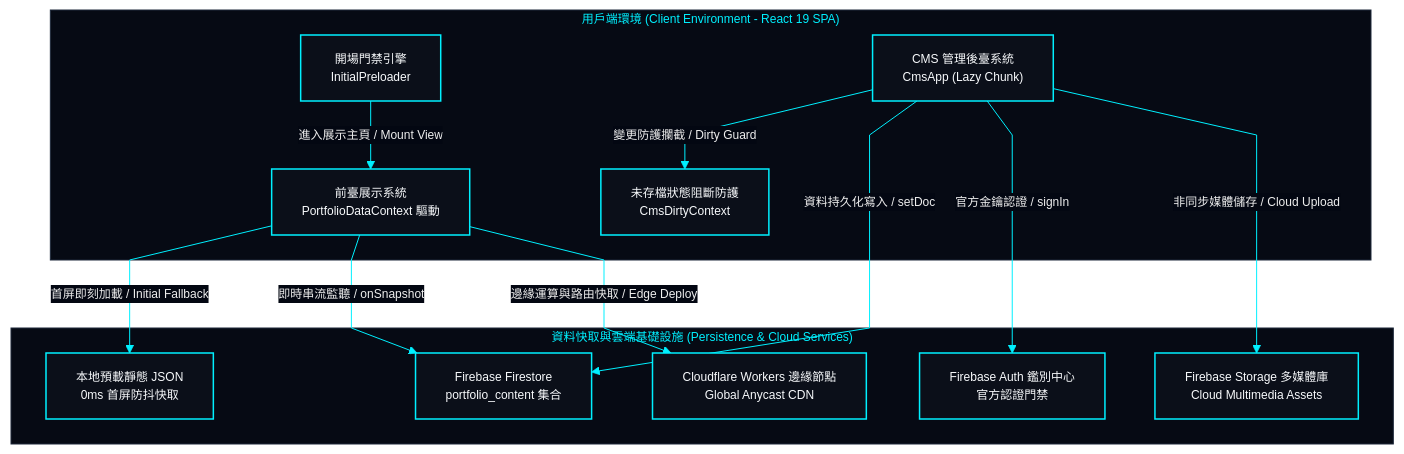
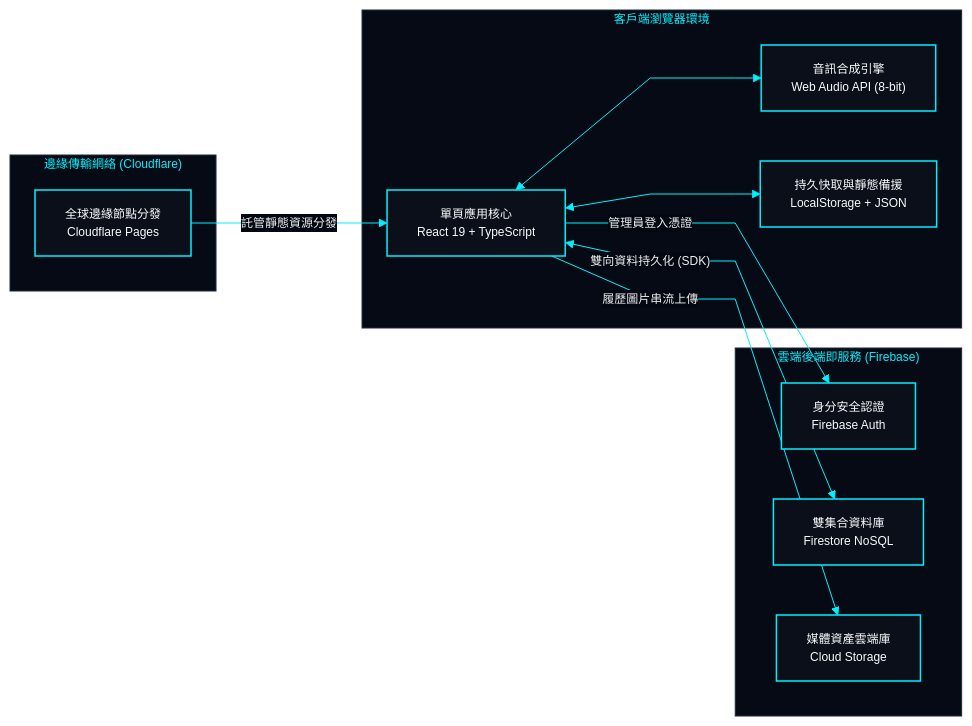
The second of 3 diagrams in docs/system-design/01-overview.md (EricXJason/my-portfolio-website), drawn with Mermaid before and after one commit. The commit also changed other lines of this file and 19 other files, not shown here.

````diff
--- a/docs/system-design/01-overview.md
+++ b/docs/system-design/01-overview.md
@@ -109,50 +94,50 @@
 ```mermaid
 %%{init: {
   'theme': 'base',
   'themeVariables': {
     'darkMode': true,
     'background': '#030712',
     'mainBkg': '#0b0f19',
     'nodeBorder': '#00f0ff',
     'textColor': '#f8fafc',
     'lineColor': '#00f0ff',
     'clusterBkg': '#060a14',
     'clusterBorder': '#1e293b',
     'titleColor': '#00f0ff',
     'edgeLabelBackground': '#030712',
     'fontSize': '12px'
   },
   'flowchart': {
     'curve': 'linear'
   }
 }}%%
-flowchart TD
+flowchart LR
     classDef hudCard fill:#0b0f19,stroke:#00f0ff,stroke-width:1.5px,color:#f8fafc;
 
-    subgraph TierBrowser ["用戶端環境 (Client Environment - React 19 SPA)"]
-        Preloader["開場門禁引擎<br>InitialPreloader"]:::hudCard
-        MainApp["前臺展示系統<br>PortfolioDataContext 驅動"]:::hudCard
-        CMSApp["CMS 管理後臺系統<br>CmsApp (Lazy Chunk)"]:::hudCard
-        StateGuard["未存檔狀態阻斷防護<br>CmsDirtyContext"]:::hudCard
+    subgraph Browser ["客戶端瀏覽器環境"]
+        SPA["單頁應用核心<br>React 19 + TypeScript"]:::hudCard
+        WebAudio["音訊合成引擎<br>Web Audio API (8-bit)"]:::hudCard
+        LocalStore["持久快取與靜態備援<br>LocalStorage + JSON"]:::hudCard
     end
 
-    subgraph TierServices ["資料快取與雲端基礎設施 (Persistence & Cloud Services)"]
-        LocalJSON["本地預載靜態 JSON<br>0ms 首屏防抖快取"]:::hudCard
-        FBFrestore["Firebase Firestore<br>portfolio_content 集合"]:::hudCard
-        FBAuth["Firebase Auth 鑑別中心<br>官方認證門禁"]:::hudCard
-        FBStorage["Firebase Storage 多媒體庫<br>Cloud Multimedia Assets"]:::hudCard
-        CFWorkers["Cloudflare Workers 邊緣節點<br>Global Anycast CDN"]:::hudCard
+    subgraph CloudBaaS ["雲端後端即服務 (Firebase)"]
+        AuthSvc["身分安全認證<br>Firebase Auth"]:::hudCard
+        DB_FS["雙集合資料庫<br>Firestore NoSQL"]:::hudCard
+        StorageSvc["媒體資產雲端庫<br>Cloud Storage"]:::hudCard
     end
 
-    Preloader -->|"進入展示主頁 / Mount View"| MainApp
-    MainApp -->|"首屏即刻加載 / Initial Fallback"| LocalJSON
-    MainApp -->|"即時串流監聽 / onSnapshot"| FBFrestore
-    CMSApp -->|"變更防護攔截 / Dirty Guard"| StateGuard
-    CMSApp -->|"資料持久化寫入 / setDoc"| FBFrestore
-    CMSApp -->|"官方金鑰認證 / signIn"| FBAuth
-    CMSApp -->|"非同步媒體儲存 / Cloud Upload"| FBStorage
-    MainApp -->|"邊緣運算與路由快取 / Edge Deploy"| CFWorkers
+    subgraph CDN ["邊緣傳輸網絡 (Cloudflare)"]
+        Cloudflare["全球邊緣節點分發<br>Cloudflare Pages"]:::hudCard
+    end
 
-    style TierBrowser fill:#060a14,stroke:#1e293b,stroke-width:1px,color:#00f0ff
-    style TierServices fill:#060a14,stroke:#1e293b,stroke-width:1px,color:#00f0ff
+    SPA <--> WebAudio
+    SPA <--> LocalStore
+    SPA -->|"管理員登入憑證"| AuthSvc
+    SPA <-->|"雙向資料持久化 (SDK)"| DB_FS
+    SPA -->|"履歷圖片串流上傳"| StorageSvc
+    Cloudflare -->|"託管靜態資源分發"| SPA
+
+    style Browser fill:#060a14,stroke:#1e293b,stroke-width:1px,color:#00f0ff
+    style CloudBaaS fill:#060a14,stroke:#1e293b,stroke-width:1px,color:#00f0ff
+    style CDN fill:#060a14,stroke:#1e293b,stroke-width:1px,color:#00f0ff
 ```
````
